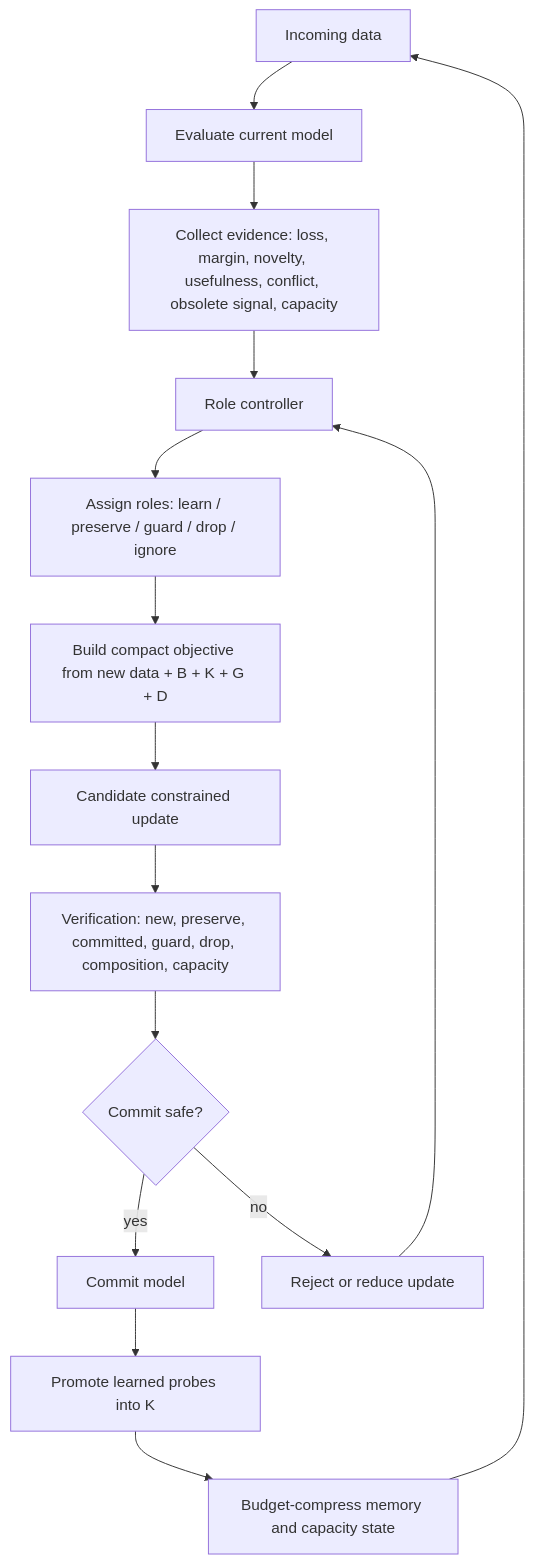
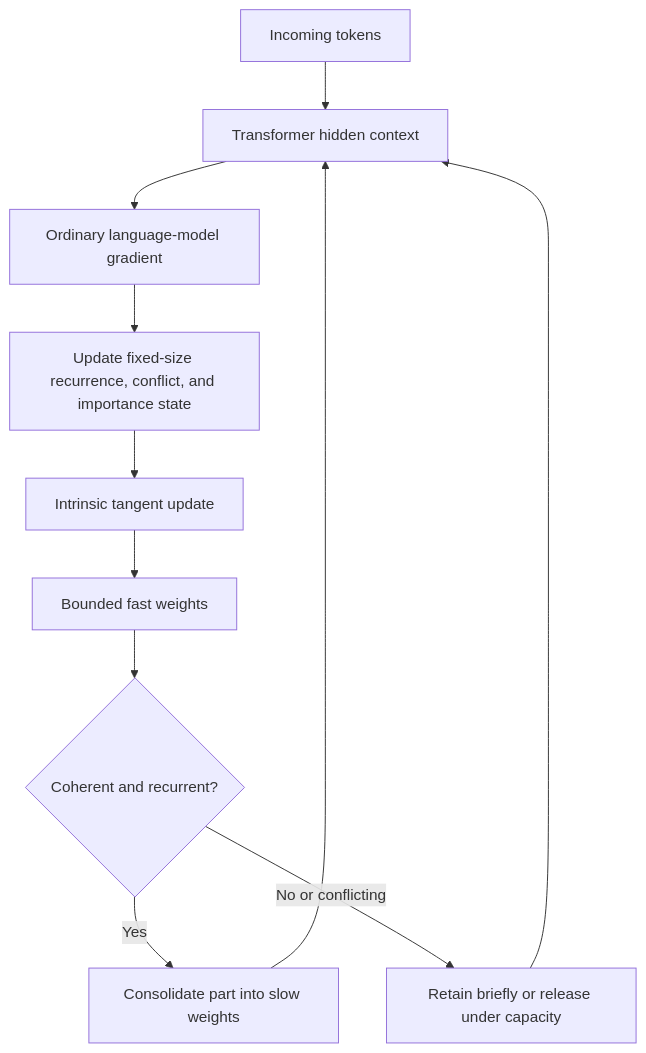
Before and after one commit to nelson960/Preserving-Circuits: the diagram in CL_Architecture.md, drawn with Mermaid. The commit also changed other lines of this file and 51 other files, not shown here.

````diff
--- a/CL_Architecture.md
+++ b/CL_Architecture.md
@@ -2395,17 +158,13 @@
 ```mermaid
 flowchart TD
-    A["Incoming data"] --> B["Evaluate current model"]
-    B --> C["Collect evidence: loss, margin, novelty, usefulness, conflict, obsolete signal, capacity"]
-    C --> D["Role controller"]
-    D --> E["Assign roles: learn / preserve / guard / drop / ignore"]
-    E --> F["Build compact objective from new data + B + K + G + D"]
-    F --> G["Candidate constrained update"]
-    G --> H["Verification: new, preserve, committed, guard, drop, composition, capacity"]
-    H --> I{"Commit safe?"}
-    I -- "yes" --> J["Commit model"]
-    I -- "no" --> K["Reject or reduce update"]
-    J --> L["Promote learned probes into K"]
-    L --> M["Budget-compress memory and capacity state"]
-    K --> D
-    M --> A
+    X["Incoming tokens"] --> H["Transformer hidden context"]
+    H --> G["Ordinary language-model gradient"]
+    G --> S["Update fixed-size recurrence, conflict, and importance state"]
+    S --> T["Intrinsic tangent update"]
+    T --> F["Bounded fast weights"]
+    F --> C{"Coherent and recurrent?"}
+    C -->|Yes| W["Consolidate part into slow weights"]
+    C -->|No or conflicting| R["Retain briefly or release under capacity"]
+    W --> H
+    R --> H
 ```
````
